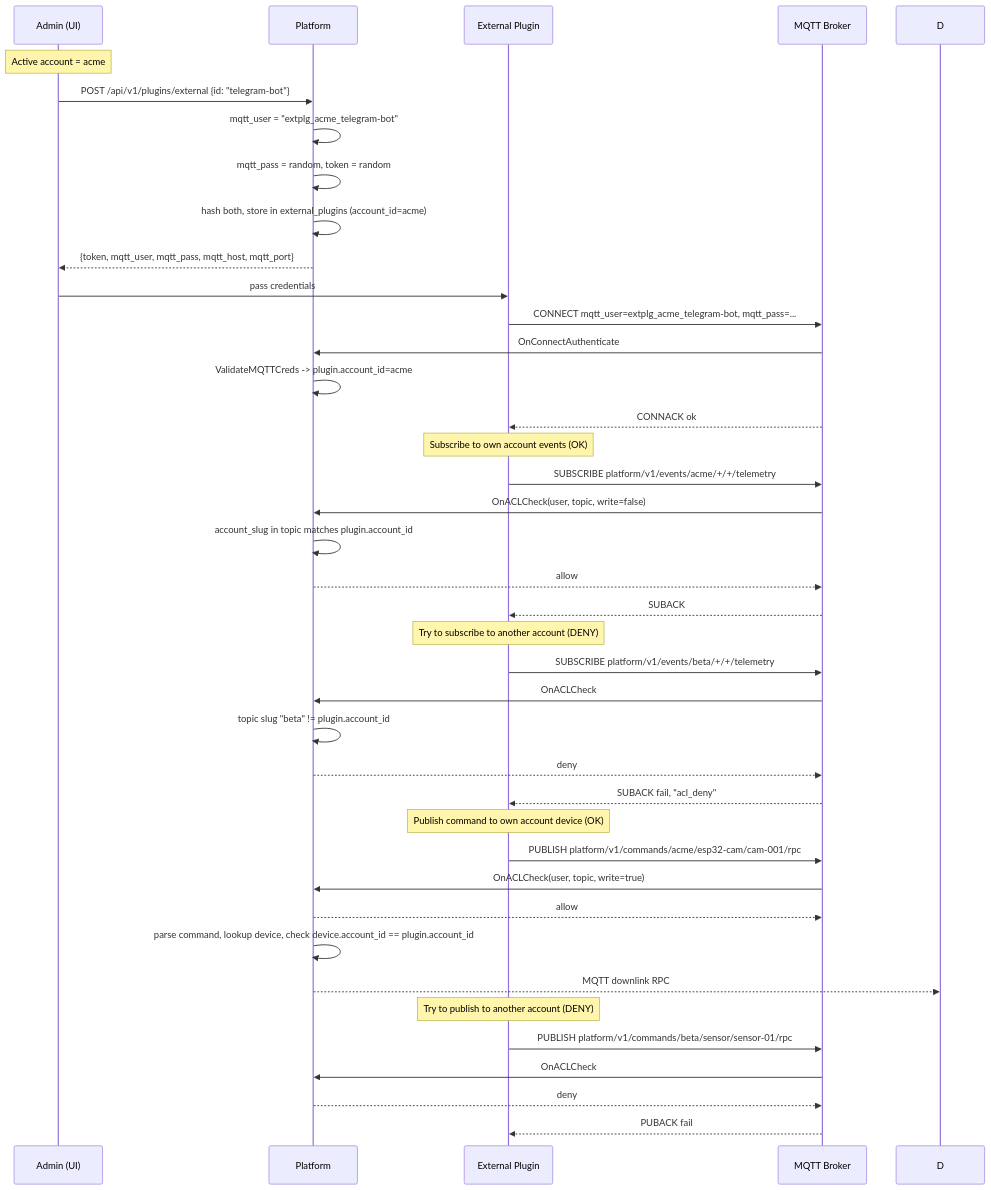
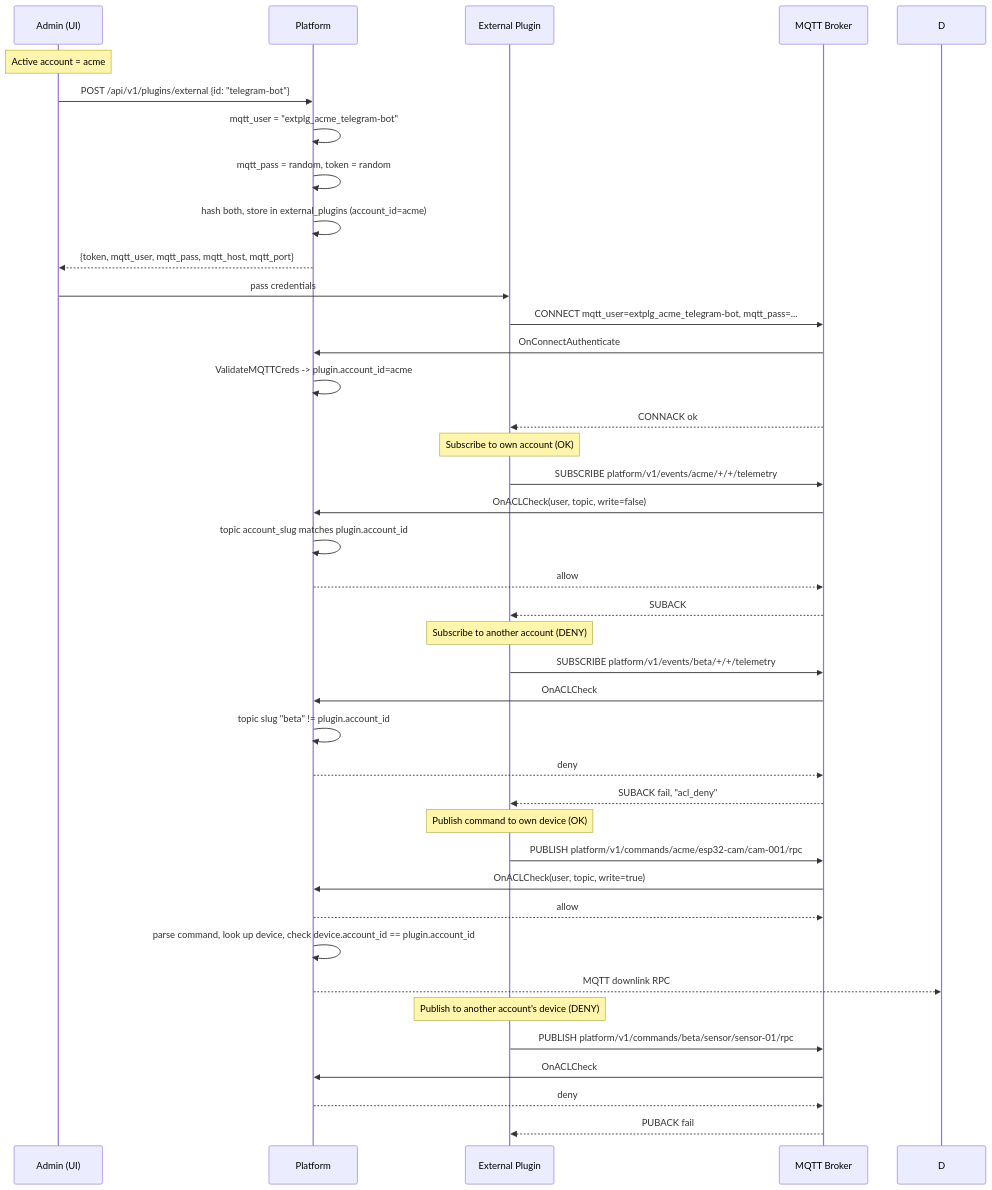
The third of 5 diagrams in docs/en/16-multi-account.md (darvik80/iot-platform-go), drawn with Mermaid before and after one commit. The commit also changed other lines of this file and 1 other file, not shown here.

````diff
--- a/docs/en/16-multi-account.md
+++ b/docs/en/16-multi-account.md
@@ -409,47 +333,47 @@
 ```mermaid
 sequenceDiagram
     participant Adm as Admin (UI)
     participant P as Platform
     participant Pl as External Plugin
     participant Br as MQTT Broker
 
     Note over Adm: Active account = acme
     Adm->>P: POST /api/v1/plugins/external {id: "telegram-bot"}
     P->>P: mqtt_user = "extplg_acme_telegram-bot"
     P->>P: mqtt_pass = random, token = random
     P->>P: hash both, store in external_plugins (account_id=acme)
     P-->>Adm: {token, mqtt_user, mqtt_pass, mqtt_host, mqtt_port}
     Adm->>Pl: pass credentials
 
     Pl->>Br: CONNECT mqtt_user=extplg_acme_telegram-bot, mqtt_pass=...
     Br->>P: OnConnectAuthenticate
     P->>P: ValidateMQTTCreds -> plugin.account_id=acme
     Br-->>Pl: CONNACK ok
 
-    Note over Pl: Subscribe to own account events (OK)
+    Note over Pl: Subscribe to own account (OK)
     Pl->>Br: SUBSCRIBE platform/v1/events/acme/+/+/telemetry
     Br->>P: OnACLCheck(user, topic, write=false)
-    P->>P: account_slug in topic matches plugin.account_id
+    P->>P: topic account_slug matches plugin.account_id
     P-->>Br: allow
     Br-->>Pl: SUBACK
 
-    Note over Pl: Try to subscribe to another account (DENY)
+    Note over Pl: Subscribe to another account (DENY)
     Pl->>Br: SUBSCRIBE platform/v1/events/beta/+/+/telemetry
     Br->>P: OnACLCheck
     P->>P: topic slug "beta" != plugin.account_id
     P-->>Br: deny
     Br-->>Pl: SUBACK fail, "acl_deny"
 
-    Note over Pl: Publish command to own account device (OK)
+    Note over Pl: Publish command to own device (OK)
     Pl->>Br: PUBLISH platform/v1/commands/acme/esp32-cam/cam-001/rpc
     Br->>P: OnACLCheck(user, topic, write=true)
     P-->>Br: allow
-    P->>P: parse command, lookup device, check device.account_id == plugin.account_id
+    P->>P: parse command, look up device, check device.account_id == plugin.account_id
     P-->>D: MQTT downlink RPC
 
-    Note over Pl: Try to publish to another account (DENY)
+    Note over Pl: Publish to another account's device (DENY)
     Pl->>Br: PUBLISH platform/v1/commands/beta/sensor/sensor-01/rpc
     Br->>P: OnACLCheck
     P-->>Br: deny
     Br-->>Pl: PUBACK fail
 ```
````
